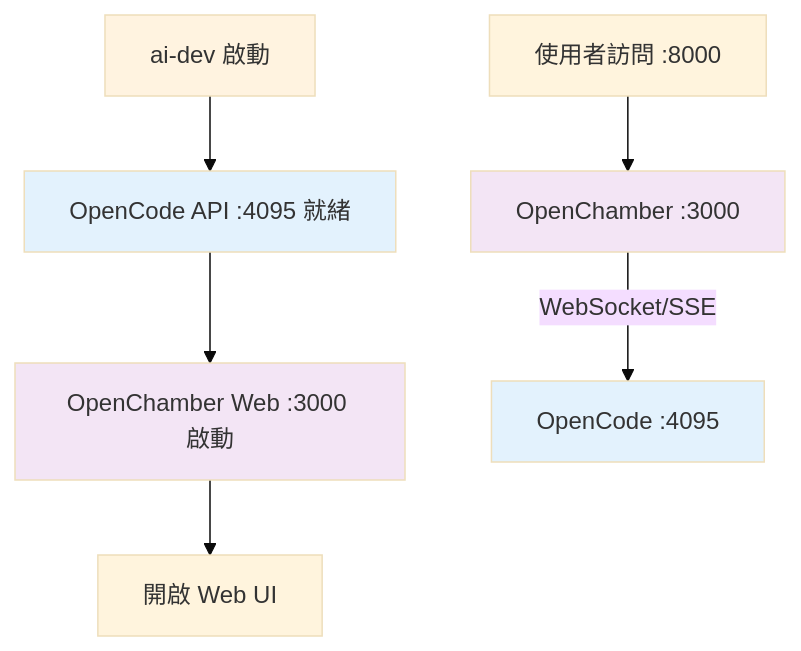
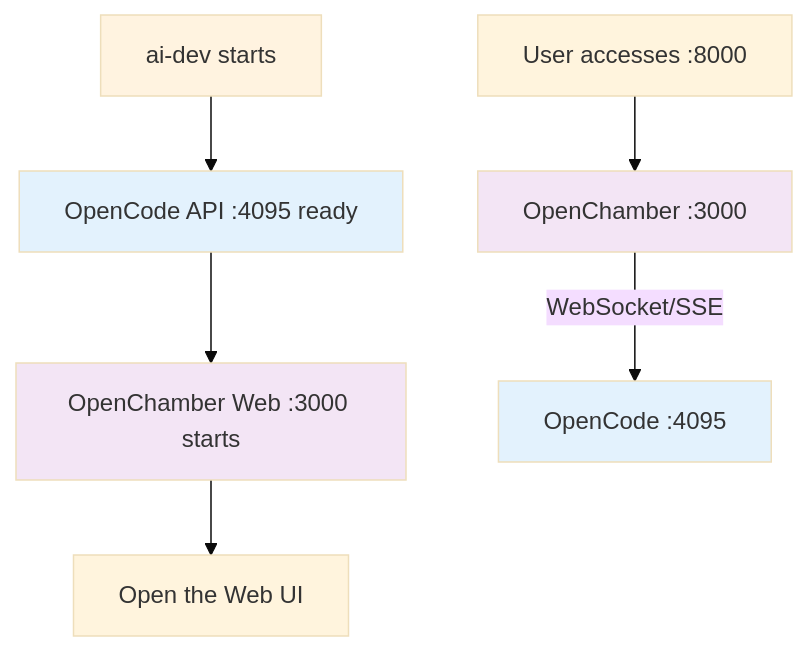
One commit to tryweb/ai-engkit changed the third of 10 diagrams in docs/ARCHITECTURE.md. Above: the diagram before and after it, drawn with Mermaid (base theme). The commit also changed other lines of this file and 14 other files, not shown here.

````diff
--- a/docs/ARCHITECTURE.md
+++ b/docs/ARCHITECTURE.md
@@ -83,15 +83,15 @@
 ```mermaid
 graph TD
-    A["ai-dev 啟動"] --> D["OpenCode API :4095 就緒"]
-    D --> E["OpenChamber Web :3000 啟動"]
-    E --> F["開啟 Web UI"]
+    A["ai-dev starts"] --> D["OpenCode API :4095 ready"]
+    D --> E["OpenChamber Web :3000 starts"]
+    E --> F["Open the Web UI"]
 
-    G["使用者訪問 :8000"] --> H["OpenChamber :3000"]
+    G["User accesses :8000"] --> H["OpenChamber :3000"]
     H -->|"WebSocket/SSE"| I["OpenCode :4095"]
-    
+
     style A fill:#fff3e0
     style D fill:#e3f2fd
     style E fill:#f3e5f5
     style H fill:#f3e5f5
     style I fill:#e3f2fd
 ```
````
